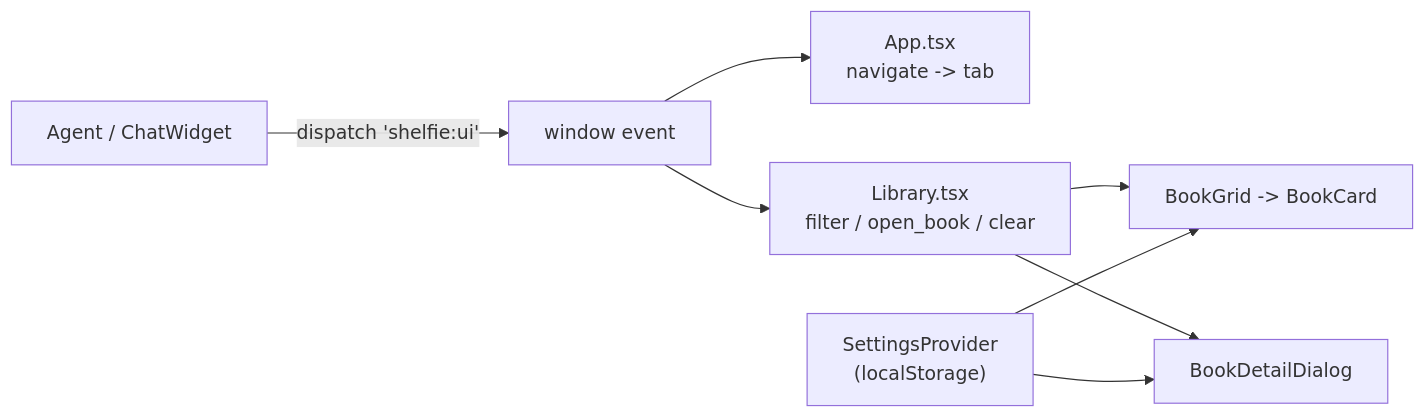
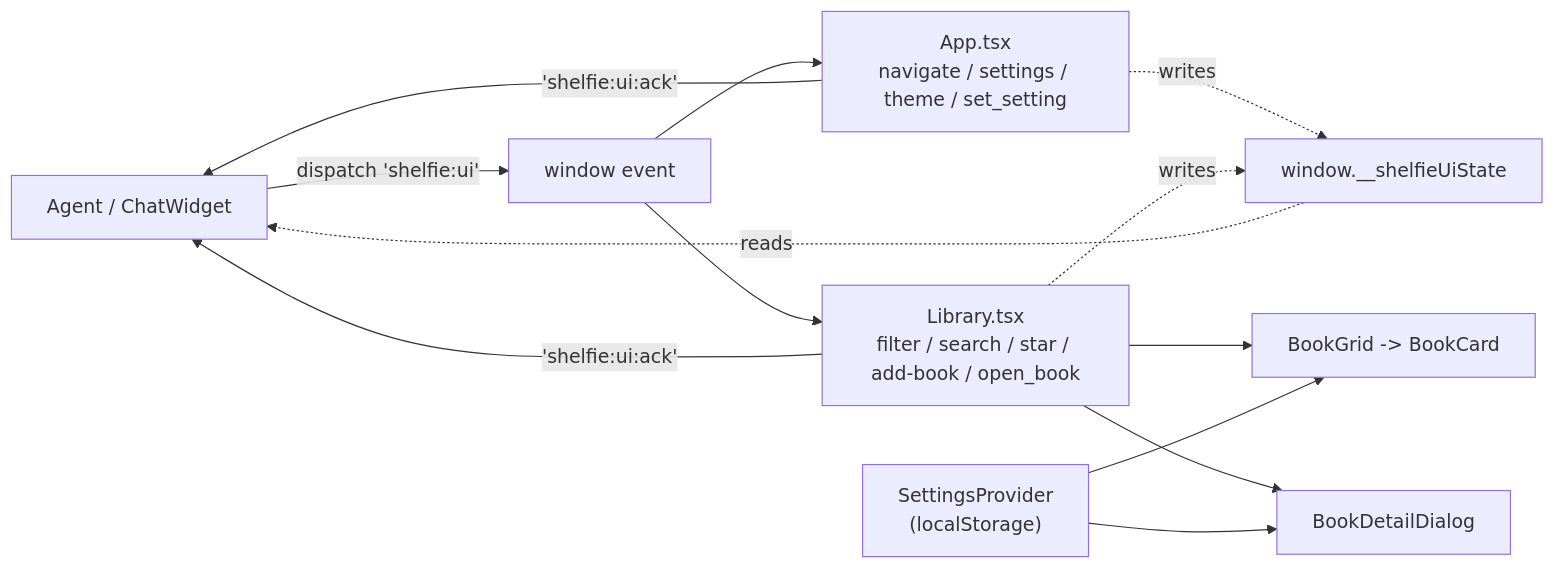
The diagram in docs/features/ui-shell-and-settings.md (gmiszcz/shelfie), drawn with Mermaid before and after one commit. The commit also changed other lines of this file and 13 other files, not shown here.

First line of the commit message:
feat(library): whole-star filter, dialog respects settings, UI bus v2 listeners

````diff
--- a/docs/features/ui-shell-and-settings.md
+++ b/docs/features/ui-shell-and-settings.md
@@ -120,10 +176,15 @@
 ```mermaid
 flowchart LR
   Agent["Agent / ChatWidget"] -->|dispatch 'shelfie:ui'| Bus["window event"]
-  Bus --> App["App.tsx<br/>navigate -> tab"]
-  Bus --> Lib["Library.tsx<br/>filter / open_book / clear"]
+  Bus --> App["App.tsx<br/>navigate / settings / theme / set_setting"]
+  Bus --> Lib["Library.tsx<br/>filter / search / star / add-book / open_book"]
+  App -->|'shelfie:ui:ack'| Agent
+  Lib -->|'shelfie:ui:ack'| Agent
+  App -. writes .-> Snap["window.__shelfieUiState"]
+  Lib -. writes .-> Snap
+  Snap -. reads .-> Agent
   Lib --> Grid["BookGrid -> BookCard"]
   Lib --> Detail["BookDetailDialog"]
   Settings["SettingsProvider<br/>(localStorage)"] --> Grid
   Settings --> Detail
 ```
````
